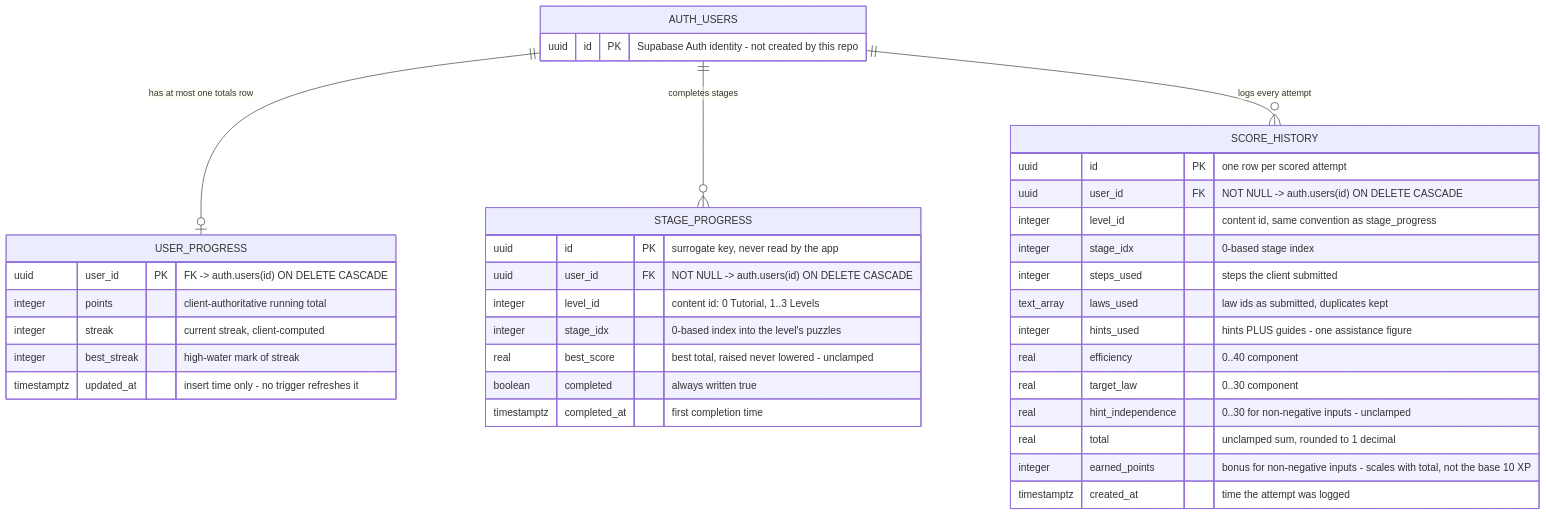
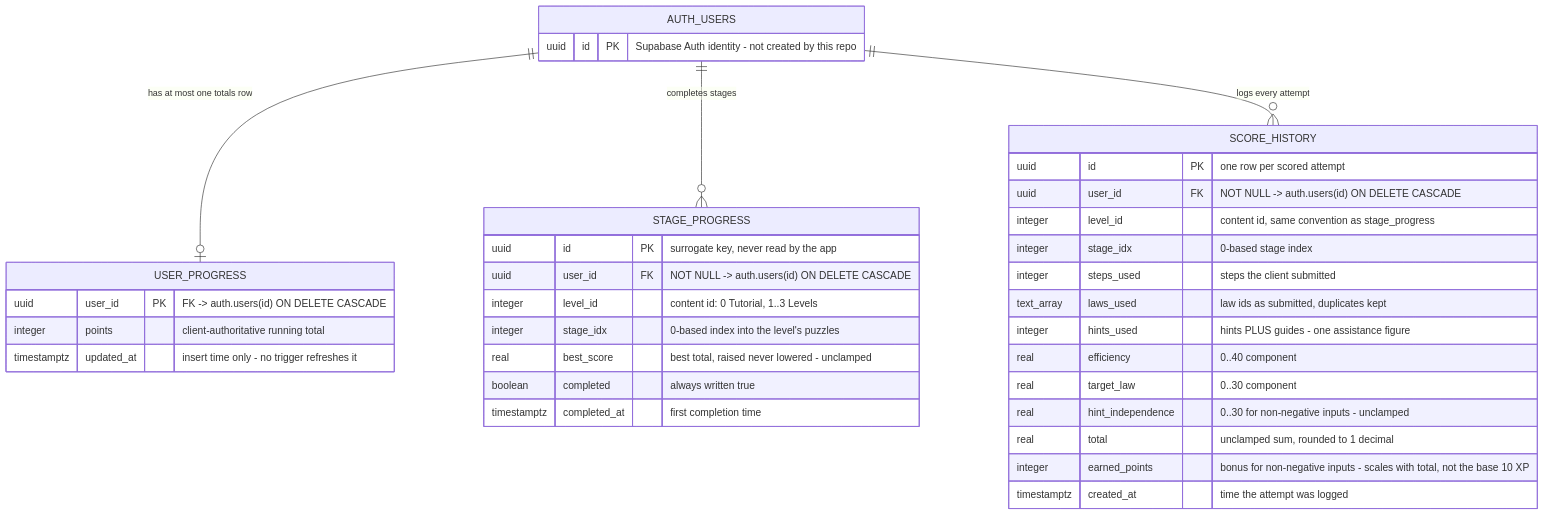
The third of 12 diagrams in docs/09-diagrams/DIAGRAMS.md (Freezeh11/Praxis), drawn with Mermaid before and after one commit. The commit also changed other lines of this file and 18 other files, not shown here.

First line of the commit message:
docs: remove streak from current-state documentation

````diff
--- a/docs/09-diagrams/DIAGRAMS.md
+++ b/docs/09-diagrams/DIAGRAMS.md
@@ -162,46 +162,44 @@
 ```mermaid
 erDiagram
     %% auth.users is created and owned by Supabase Auth (auth schema).
     %% The other three entities are the only tables this repository creates.
     AUTH_USERS ||--o| USER_PROGRESS : "has at most one totals row"
     AUTH_USERS ||--o{ STAGE_PROGRESS : "completes stages"
     AUTH_USERS ||--o{ SCORE_HISTORY : "logs every attempt"
 
     AUTH_USERS {
         uuid id PK "Supabase Auth identity - not created by this repo"
     }
 
     USER_PROGRESS {
         uuid user_id PK "FK -> auth.users(id) ON DELETE CASCADE"
         integer points "client-authoritative running total"
-        integer streak "current streak, client-computed"
-        integer best_streak "high-water mark of streak"
         timestamptz updated_at "insert time only - no trigger refreshes it"
     }
 
     STAGE_PROGRESS {
         uuid id PK "surrogate key, never read by the app"
         uuid user_id FK "NOT NULL -> auth.users(id) ON DELETE CASCADE"
         integer level_id "content id: 0 Tutorial, 1..3 Levels"
         integer stage_idx "0-based index into the level's puzzles"
         real best_score "best total, raised never lowered - unclamped"
         boolean completed "always written true"
         timestamptz completed_at "first completion time"
     }
 
     SCORE_HISTORY {
         uuid id PK "one row per scored attempt"
         uuid user_id FK "NOT NULL -> auth.users(id) ON DELETE CASCADE"
         integer level_id "content id, same convention as stage_progress"
         integer stage_idx "0-based stage index"
         integer steps_used "steps the client submitted"
         text_array laws_used "law ids as submitted, duplicates kept"
         integer hints_used "hints PLUS guides - one assistance figure"
         real efficiency "0..40 component"
         real target_law "0..30 component"
         real hint_independence "0..30 for non-negative inputs - unclamped"
         real total "unclamped sum, rounded to 1 decimal"
         integer earned_points "bonus for non-negative inputs - scales with total, not the base 10 XP"
         timestamptz created_at "time the attempt was logged"
     }
 ```
````
